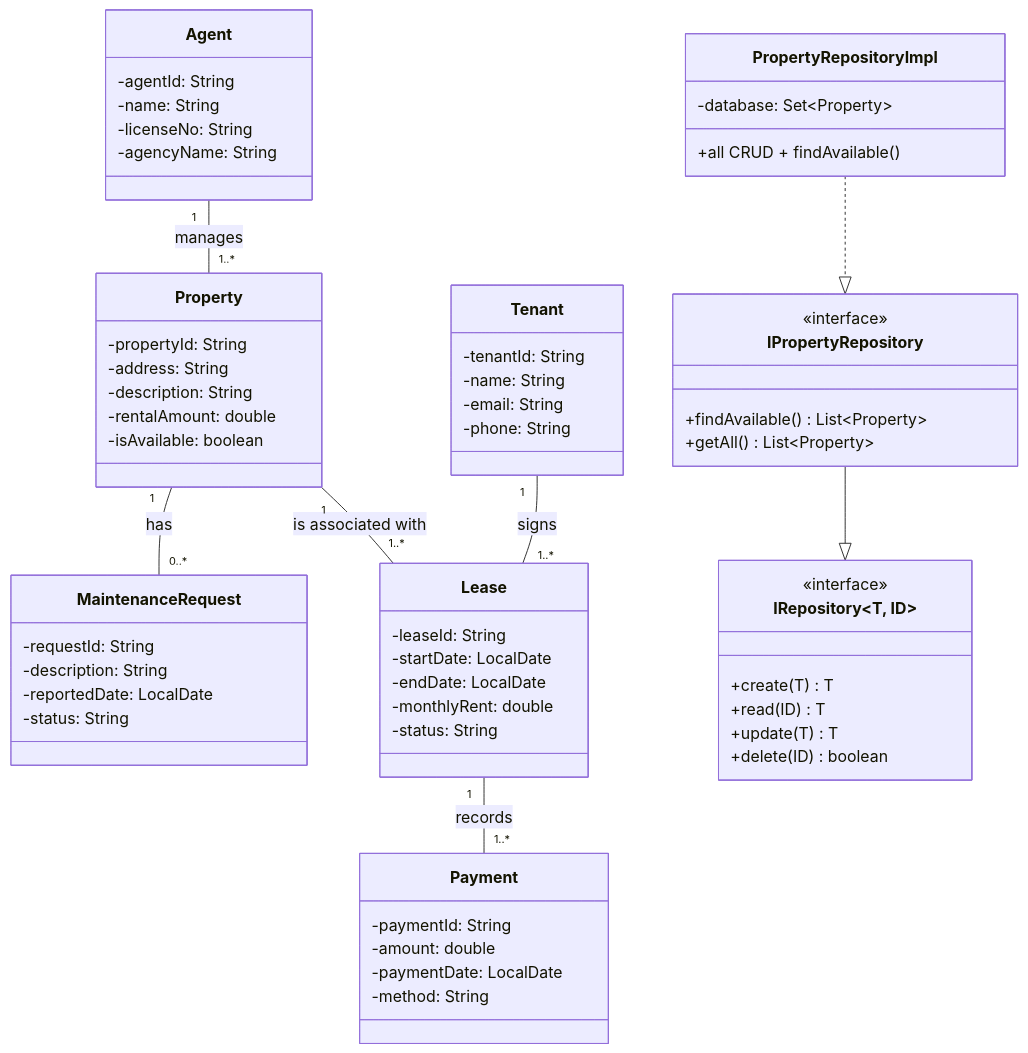
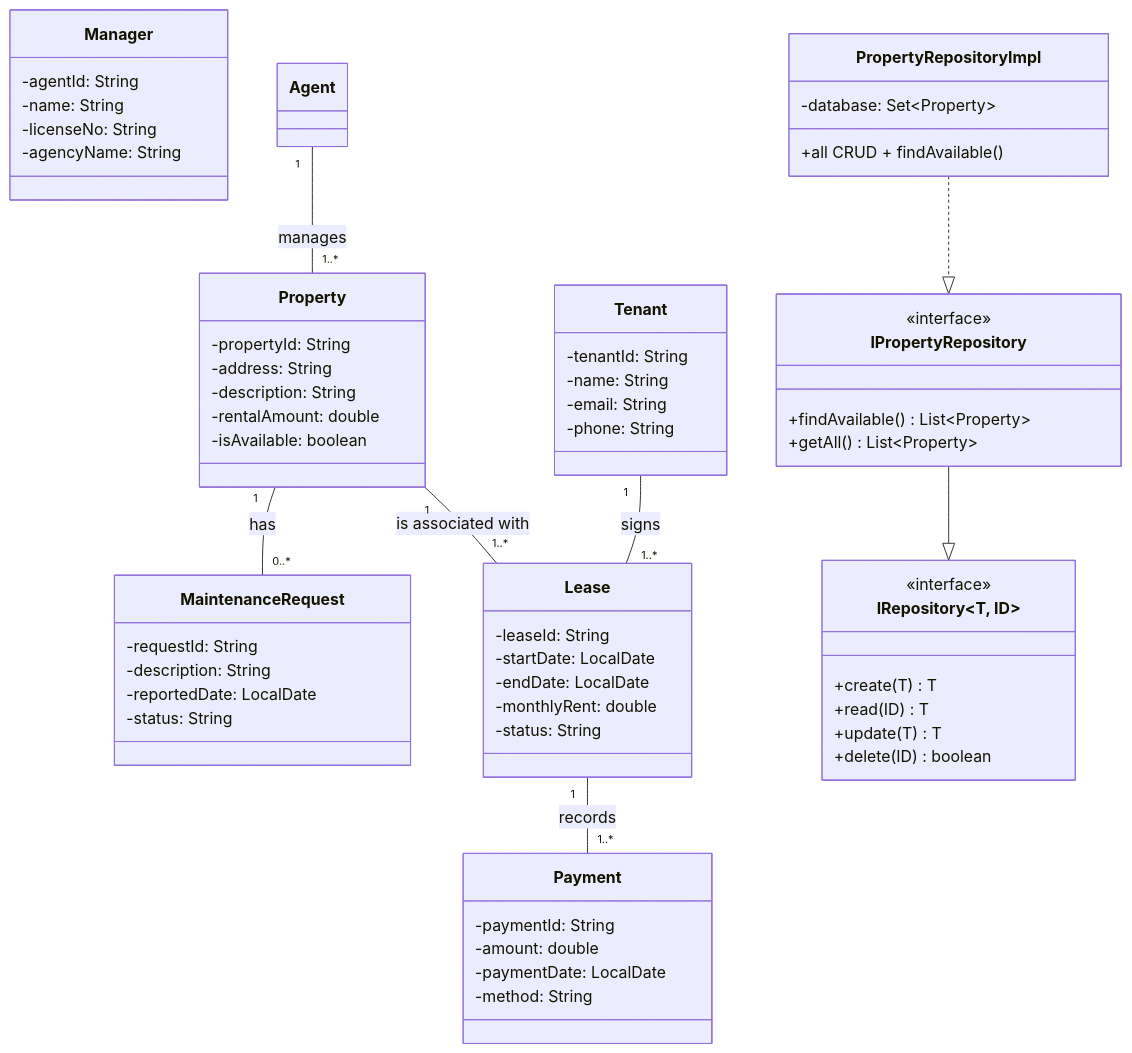
One commit to Anas-P7/PropertyManagementSystem changed the diagram in README.md. Above: the diagram before and after it, drawn with Mermaid.

````diff
--- a/README.md
+++ b/README.md
@@ -1,80 +1,80 @@
 ```mermaid
 classDiagram
     direction TB
 
     %% Domain Entities
-    class Agent {
+    class Manager {
         -agentId: String
         -name: String
         -licenseNo: String
         -agencyName: String
     }
 
     class Property {
         -propertyId: String
         -address: String
         -description: String
         -rentalAmount: double
         -isAvailable: boolean
     }
 
     class Tenant {
         -tenantId: String
         -name: String
         -email: String
         -phone: String
     }
 
     class Lease {
         -leaseId: String
         -startDate: LocalDate
         -endDate: LocalDate
         -monthlyRent: double
         -status: String
     }
 
     class MaintenanceRequest {
         -requestId: String
         -description: String
         -reportedDate: LocalDate
         -status: String
     }
 
     class Payment {
         -paymentId: String
         -amount: double
         -paymentDate: LocalDate
         -method: String
     }
 
     %% Repository Layer
     class IRepository~T, ID~ {
         <<interface>>
         +create(T) T
         +read(ID) T
         +update(T) T
         +delete(ID) boolean
     }
 
     class IPropertyRepository {
         <<interface>>
         +findAvailable() List~Property~
         +getAll() List~Property~
     }
 
     class PropertyRepositoryImpl {
         -database: Set~Property~
         +all CRUD + findAvailable()
     }
 
     %% Relationships and Multiplicity
     Agent "1" -- "1..*" Property : manages
     Property "1" -- "0..*" MaintenanceRequest : has
     Property "1" -- "1..*" Lease : is associated with
     Tenant "1" -- "1..*" Lease : signs
     Lease "1" -- "1..*" Payment : records
     
     %% Repository Inheritance
     IPropertyRepository --|> IRepository
     PropertyRepositoryImpl ..|> IPropertyRepository
 ```
````
